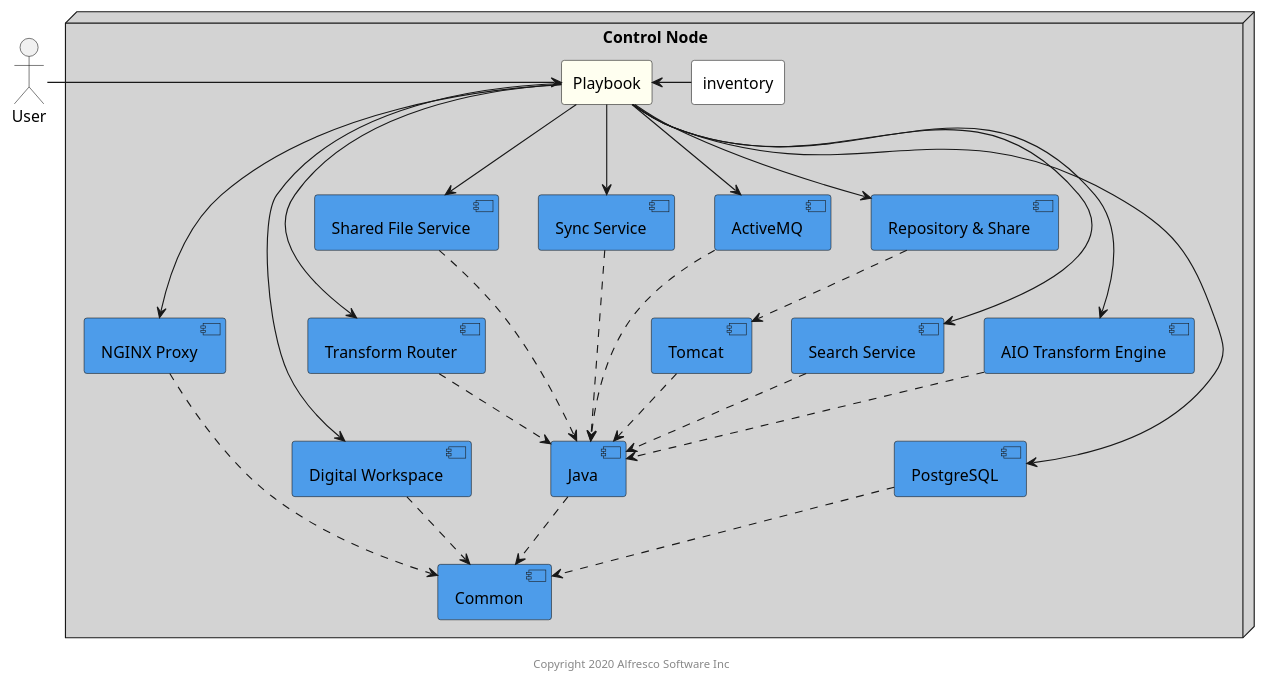
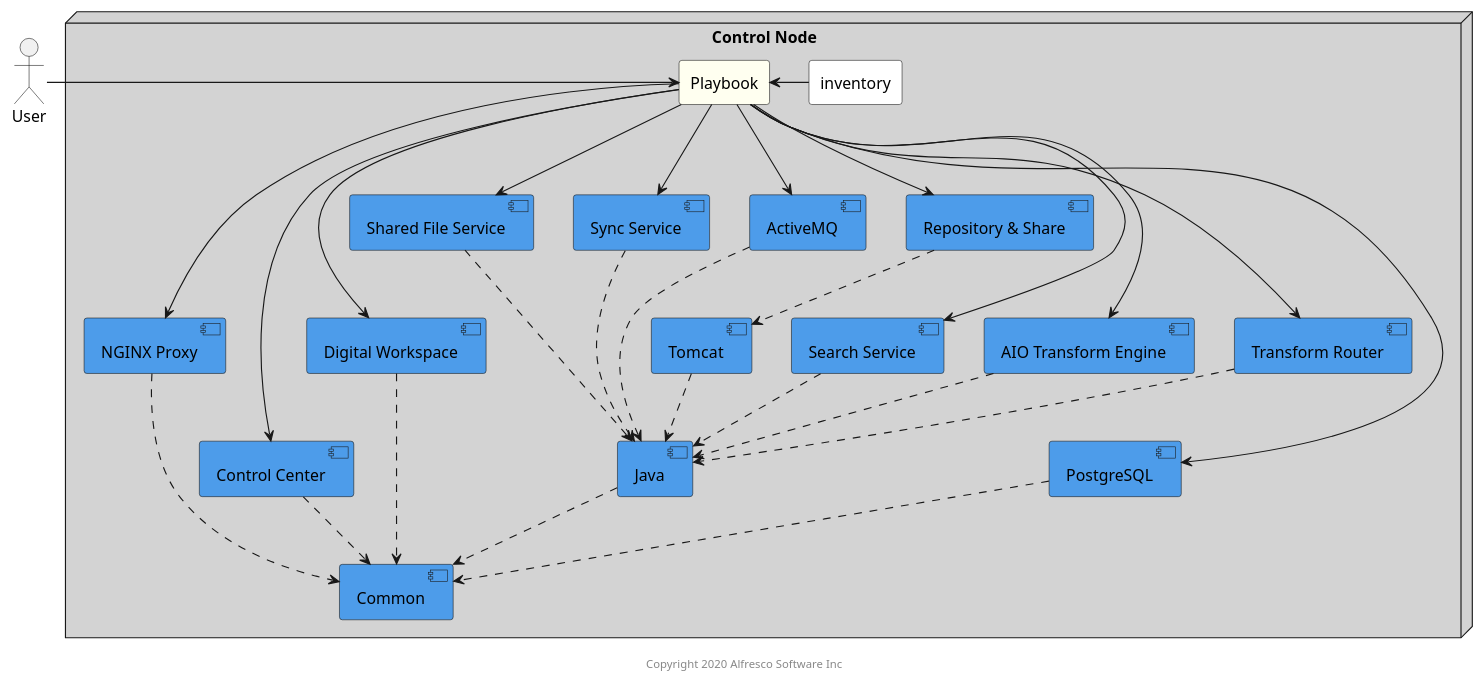
The diagram in docs/resources/acs-localhost.puml (Alfresco/alfresco-ansible-deployment), drawn with PlantUML before and after one commit. The commit also changed 3 other files, not shown here.

Commit message:
Add Alfresco Control Center in resources puml

```diff
--- a/docs/resources/acs-localhost.puml
+++ b/docs/resources/acs-localhost.puml
@@ -1,57 +1,60 @@
 @startuml acs-localhost
 
 skinparam componentStyle uml2
 ' skinparam linetype ortho
 
 actor User
 
 node "Control Node" as "control" #LightGrey {
     rectangle "Playbook" as playbook #Ivory
 
     rectangle "inventory" #White
 
     component "Common" as common #4d9cea
     component "NGINX Proxy" as proxy #4d9cea
     component "Repository & Share" as repo #4d9cea
+    component "Control Center" as acc #4d9cea
     component "Digital Workspace" as adw #4d9cea
     component "Search Service" as search #4d9cea
     component "AIO Transform Engine" as tengine #4d9cea
     component "Transform Router" as trouter #4d9cea
     component "Shared File Service" as sfs #4d9cea
     component "Sync Service" as sync #4d9cea
     component "Tomcat" as tomcat  #4d9cea
     component "ActiveMQ" as amq #4d9cea
     component "Java" as java #4d9cea
     component "PostgreSQL" as psql #4d9cea
 }
 
 User -> playbook
 playbook <- inventory
 
 playbook -down-> psql
 playbook -down-> amq
 playbook -down-> tengine
 playbook -down-> search
 playbook -down-> repo
 playbook -down-> trouter
 playbook -down-> sfs
 playbook -down-> sync
 playbook -down-> proxy
+playbook -down-> acc
 playbook -down-> adw
 
 amq .down.> java
+acc .down.> common
 adw .down.> common
 java .down.> common
 proxy .down.> common
 psql .down.> common
 repo .down.> tomcat
 search .down.> java
 sfs .down.> java
 sync .down.> java
 tomcat .down.> java
 tengine .down.> java
 trouter .down.> java
 
 center footer Copyright 2020 Alfresco Software Inc
 
 @enduml
```
